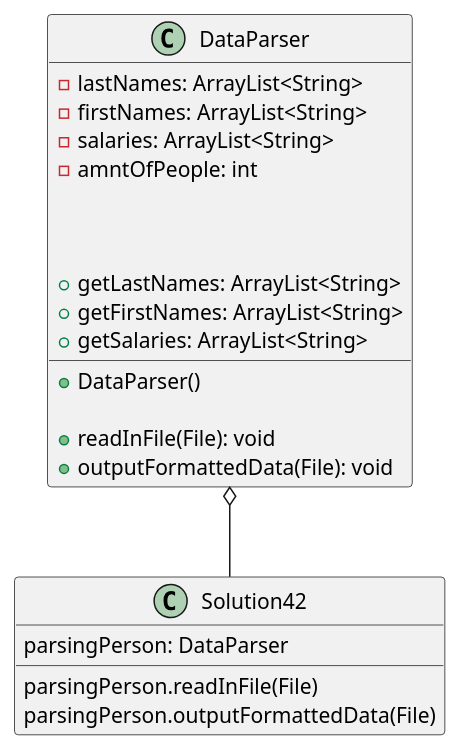
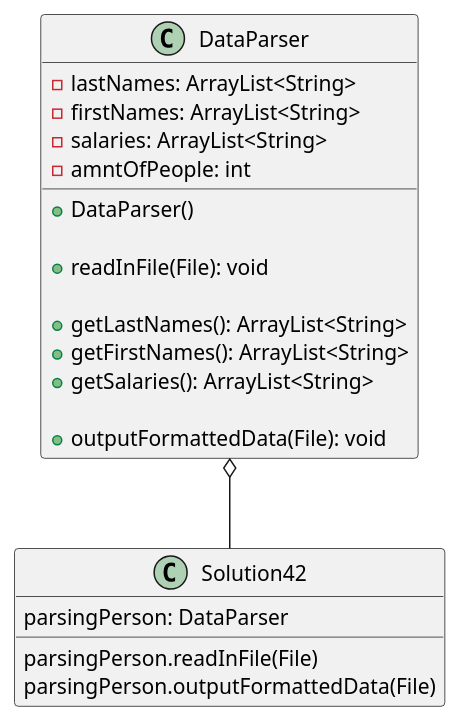
Before and after one commit to Zandroid505/Antifit-a04: the diagram in exercise42/docs/Classes.puml, drawn with PlantUML. The commit also changed 9 other files, not shown here.

Commit message:
Finished production code, uml, and passed test cases for exercise45

```diff
--- a/exercise42/docs/Classes.puml
+++ b/exercise42/docs/Classes.puml
@@ -6,32 +6,32 @@
 @startuml
 'https://plantuml.com/sequence-diagram
 
 DataParser o-- Solution42
 
 class Solution42 {
     parsingPerson: DataParser
 
     parsingPerson.readInFile(File)
     parsingPerson.outputFormattedData(File)
         'Creates DataParser Object and uses it to parse data
 }
 
 class DataParser {
     - lastNames: ArrayList<String>
     - firstNames: ArrayList<String>
     - salaries: ArrayList<String>
     - amntOfPeople: int
 
     + DataParser()
         'Initializes amount of people to 0
 
     + readInFile(File): void
 
-    + getLastNames: ArrayList<String>
-    + getFirstNames: ArrayList<String>
-    + getSalaries: ArrayList<String>
+    + getLastNames(): ArrayList<String>
+    + getFirstNames(): ArrayList<String>
+    + getSalaries(): ArrayList<String>
 
     + outputFormattedData(File): void
 }
 
 @enduml
```
